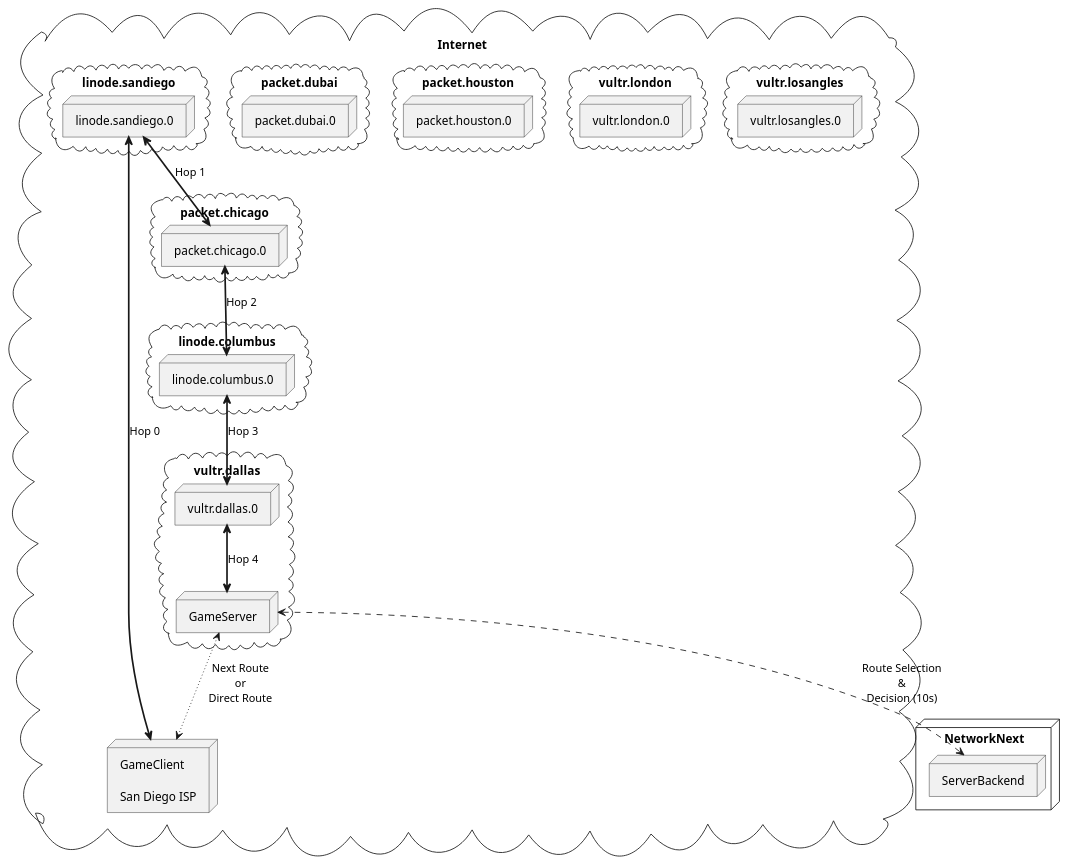
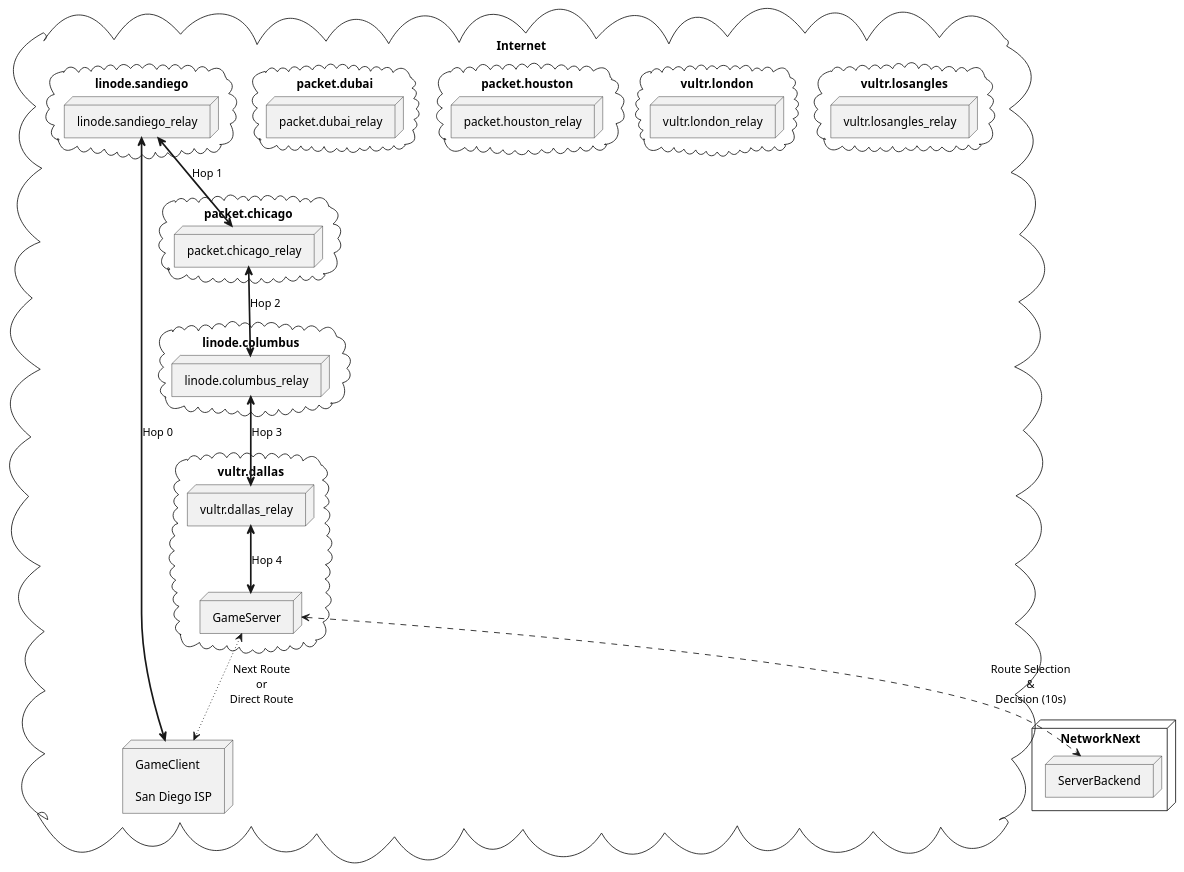
The diagram in .diagrams/relays.plantuml (networknext/next), drawn with PlantUML before and after one commit.

Commit message:
use _relay to remove .0 but avoid name conflict

```diff
--- a/.diagrams/relays.plantuml
+++ b/.diagrams/relays.plantuml
@@ -1,54 +1,54 @@
 @startuml
 node NetworkNext {
     node ServerBackend
 }
 
 cloud Internet {
     cloud vultr.losangles {
-        node vultr.losangles.0
+        node vultr.losangles_relay
     }
 
     cloud vultr.dallas {
-        node vultr.dallas.0
+        node vultr.dallas_relay
         node GameServer
     }
 
     cloud vultr.london {
-        node vultr.london.0
+        node vultr.london_relay
     }
     
     cloud packet.houston {
-        node packet.houston.0
+        node packet.houston_relay
     }
 
     cloud packet.dubai {
-        node packet.dubai.0
+        node packet.dubai_relay
     }
 
     cloud packet.chicago {
-        node packet.chicago.0
+        node packet.chicago_relay
     }
     
     cloud linode.sandiego {
-        node linode.sandiego.0
+        node linode.sandiego_relay
     }
 
     cloud linode.columbus {
-        node linode.columbus.0
+        node linode.columbus_relay
     }
 
     node GameClient [
     GameClient
 
     San Diego ISP
 ]
 }
 
 GameServer <..> ServerBackend : Route Selection\n&\nDecision (10s)
 GameServer <~~> GameClient : Next Route\nor\nDirect Route
-GameClient <==> linode.sandiego.0 : Hop 0
-linode.sandiego.0 <==> packet.chicago.0 : Hop 1
-packet.chicago.0 <==> linode.columbus.0 : Hop 2
-linode.columbus.0 <==> vultr.dallas.0 : Hop 3
-vultr.dallas.0 <==> GameServer : Hop 4
+GameClient <==> linode.sandiego_relay : Hop 0
+linode.sandiego_relay <==> packet.chicago_relay : Hop 1
+packet.chicago_relay <==> linode.columbus_relay : Hop 2
+linode.columbus_relay <==> vultr.dallas_relay : Hop 3
+vultr.dallas_relay <==> GameServer : Hop 4
 @enduml
```
